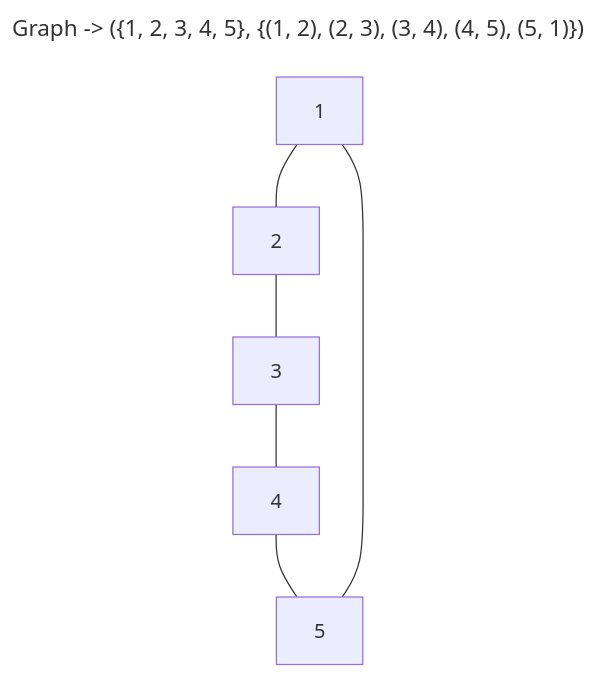
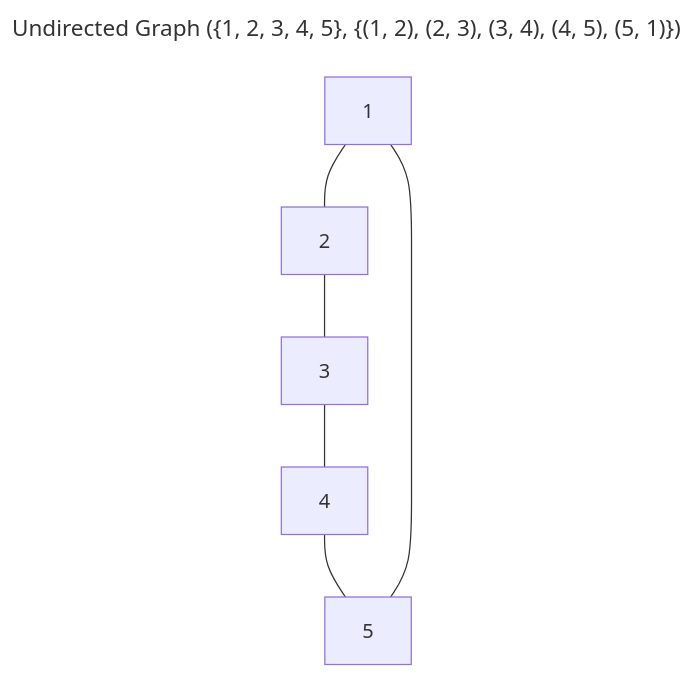
One commit to Prodaturu/Obsidian changed the diagram in Mathematical Notions and Terminology in Information Theory 0.2.md. Above: the diagram before and after it, drawn with Mermaid. The commit also changed 7 other files, not shown here.

````diff
--- a/Mathematical Notions and Terminology in Information Theory 0.2.md
+++ b/Mathematical Notions and Terminology in Information Theory 0.2.md
@@ -373,11 +373,11 @@
 ```mermaid
 ---
-title: Graph -> ({1, 2, 3, 4, 5}, {(1, 2), (2, 3), (3, 4), (4, 5), (5, 1)})
+title: Undirected Graph  ({1, 2, 3, 4, 5}, {(1, 2), (2, 3), (3, 4), (4, 5), (5, 1)})
 ---
 graph
     1 --- 2
     2 --- 3
     3 --- 4
     4 --- 5
     5 --- 1
 ```
````
